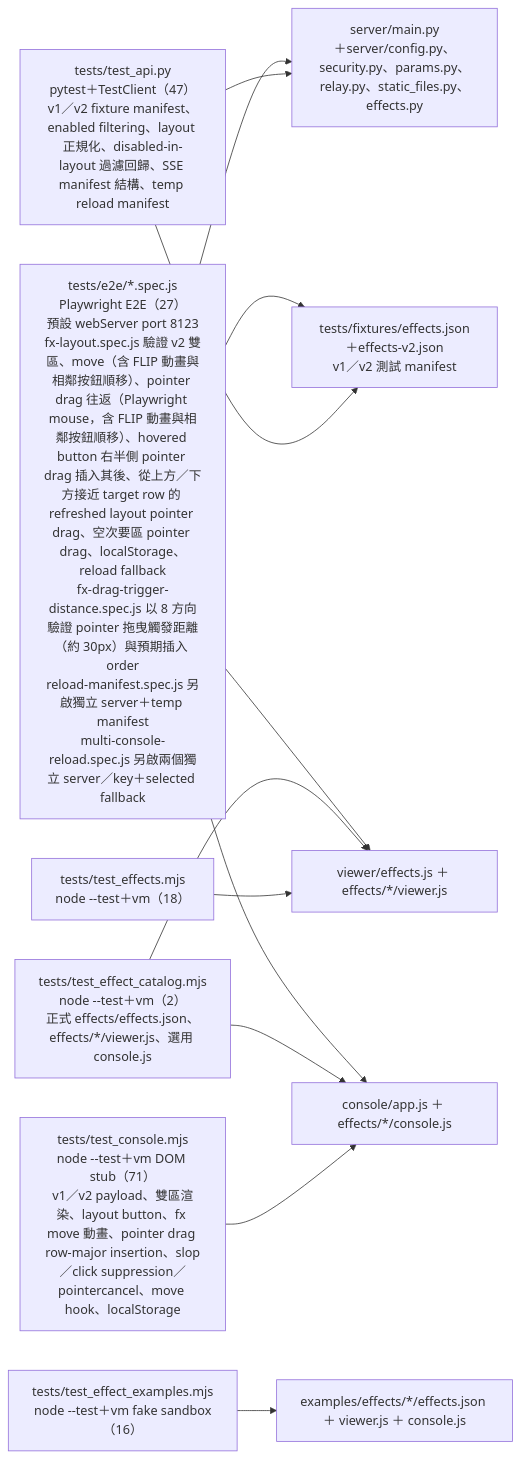
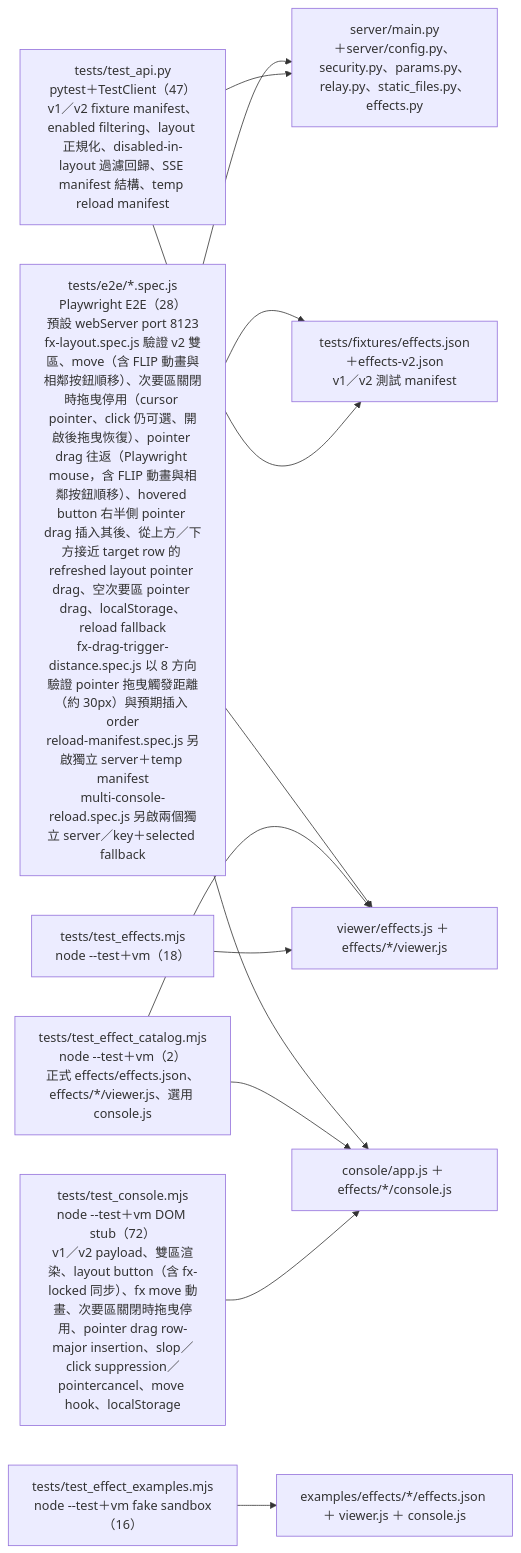
One commit to zivngit/Real-time-Interaction-html changed the sixth of 6 diagrams in docs/agents/CALL_GRAPH.md. Above: the diagram before and after it, drawn with Mermaid. The commit also changed other lines of this file and 6 other files, not shown here.

Commit message:
feat(console): 次要區關閉時禁止特效按鈕 pointer 拖曳（click 選擇維持有效）

````diff
--- a/docs/agents/CALL_GRAPH.md
+++ b/docs/agents/CALL_GRAPH.md
@@ -327,15 +327,15 @@
 ```mermaid
 flowchart LR
     TF["tests/fixtures/effects.json＋effects-v2.json<br/>v1／v2 測試 manifest"]
     TA["tests/test_api.py<br/>pytest＋TestClient（47）<br/>v1／v2 fixture manifest、enabled filtering、layout 正規化、disabled-in-layout 過濾回歸、SSE manifest 結構、temp reload manifest"] --> M["server/main.py<br/>＋server/config.py、security.py、params.py、relay.py、static_files.py、effects.py"]
     TA --> TF
     TE["tests/test_effects.mjs<br/>node --test＋vm（18）"] --> S["viewer/effects.js ＋ effects/*/viewer.js"]
-    TC["tests/test_console.mjs<br/>node --test＋vm DOM stub（71）<br/>v1／v2 payload、雙區渲染、layout button、fx move 動畫、pointer drag row-major insertion、slop／click suppression／pointercancel、move hook、localStorage"] --> K["console/app.js ＋ effects/*/console.js"]
+    TC["tests/test_console.mjs<br/>node --test＋vm DOM stub（72）<br/>v1／v2 payload、雙區渲染、layout button（含 fx-locked 同步）、fx move 動畫、次要區關閉時拖曳停用、pointer drag row-major insertion、slop／click suppression／pointercancel、move hook、localStorage"] --> K["console/app.js ＋ effects/*/console.js"]
     TX["tests/test_effect_examples.mjs<br/>node --test＋vm fake sandbox（16）"] --> X["examples/effects/*/effects.json ＋ viewer.js ＋ console.js"]
     TG["tests/test_effect_catalog.mjs<br/>node --test＋vm（2）<br/>正式 effects/effects.json、effects/*/viewer.js、選用 console.js"] --> S
     TG --> K
-    TP["tests/e2e/*.spec.js<br/>Playwright E2E（27）<br/>預設 webServer port 8123<br/>fx-layout.spec.js 驗證 v2 雙區、move（含 FLIP 動畫與相鄰按鈕順移）、pointer drag 往返（Playwright mouse，含 FLIP 動畫與相鄰按鈕順移）、hovered button 右半側 pointer drag 插入其後、從上方／下方接近 target row 的 refreshed layout pointer drag、空次要區 pointer drag、localStorage、reload fallback<br/>fx-drag-trigger-distance.spec.js 以 8 方向驗證 pointer 拖曳觸發距離（約 30px）與預期插入 order<br/>reload-manifest.spec.js 另啟獨立 server＋temp manifest<br/>multi-console-reload.spec.js 另啟兩個獨立 server／key＋selected fallback"] --> M
+    TP["tests/e2e/*.spec.js<br/>Playwright E2E（28）<br/>預設 webServer port 8123<br/>fx-layout.spec.js 驗證 v2 雙區、move（含 FLIP 動畫與相鄰按鈕順移）、次要區關閉時拖曳停用（cursor pointer、click 仍可選、開啟後拖曳恢復）、pointer drag 往返（Playwright mouse，含 FLIP 動畫與相鄰按鈕順移）、hovered button 右半側 pointer drag 插入其後、從上方／下方接近 target row 的 refreshed layout pointer drag、空次要區 pointer drag、localStorage、reload fallback<br/>fx-drag-trigger-distance.spec.js 以 8 方向驗證 pointer 拖曳觸發距離（約 30px）與預期插入 order<br/>reload-manifest.spec.js 另啟獨立 server＋temp manifest<br/>multi-console-reload.spec.js 另啟兩個獨立 server／key＋selected fallback"] --> M
     TP --> K
     TP --> S
     TP --> TF
 ```
````
